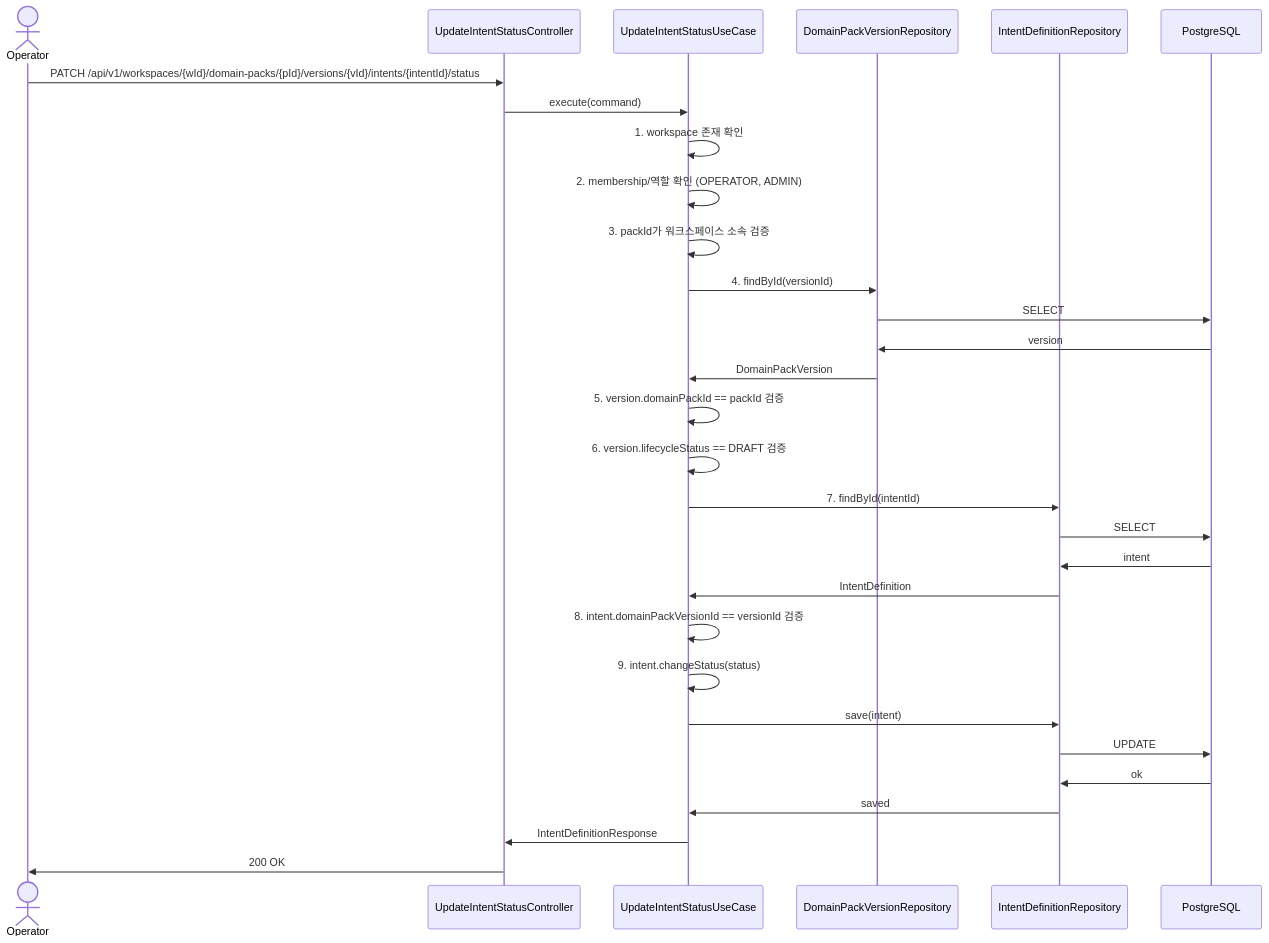
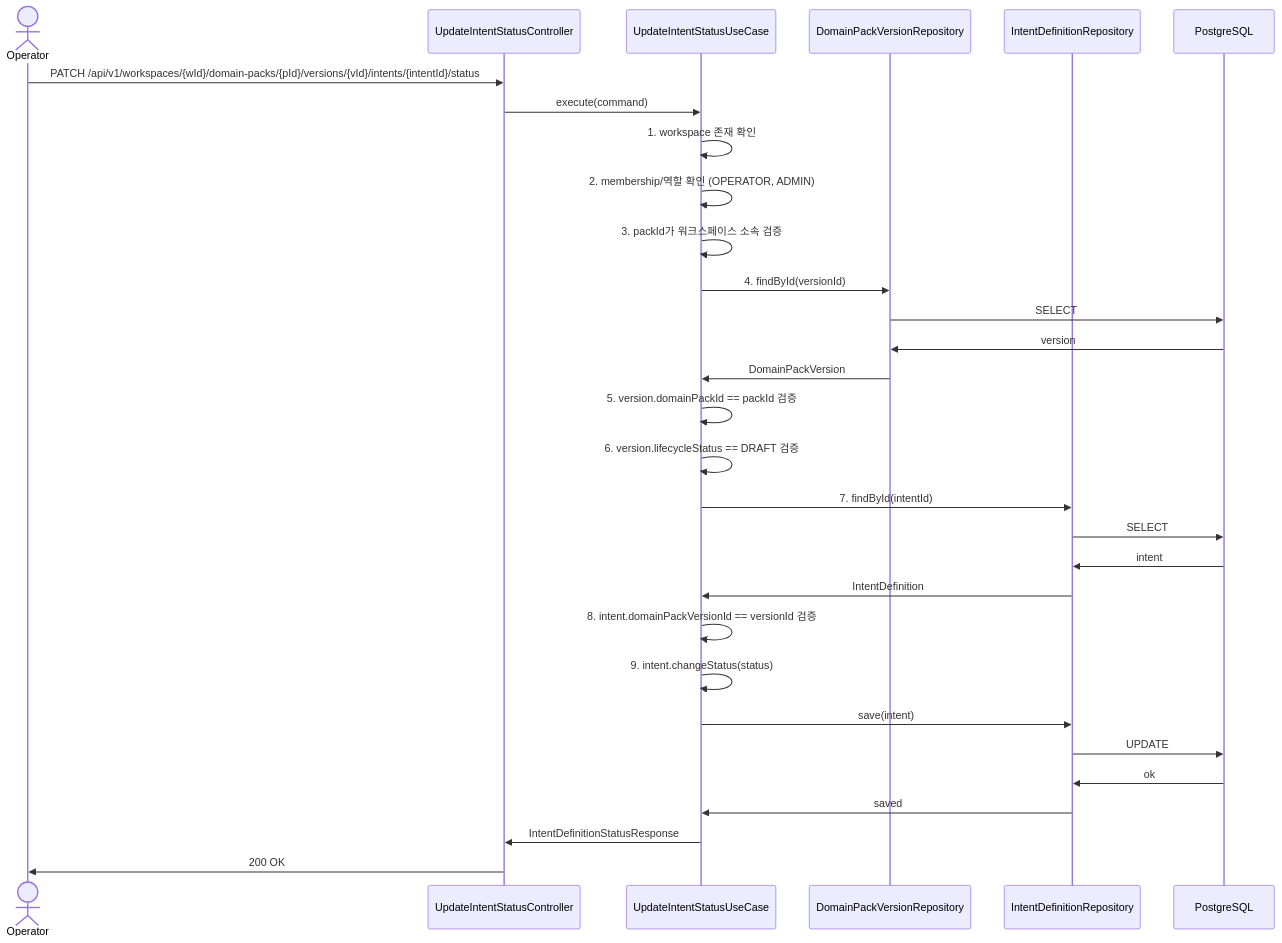
The first of 2 diagrams in .agent/specs/313.md (ajou-2026-1-capstone-5/ostone), drawn with Mermaid before and after one commit. The commit also changed other lines of this file, not shown here.

Commit message:
docs(spec): align 313.md response DTO and status model to actual implementation (#313)

````diff
--- a/.agent/specs/313.md
+++ b/.agent/specs/313.md
@@ -137,33 +134,33 @@
 ```mermaid
 sequenceDiagram
     actor op as Operator
     participant ctrl as UpdateIntentStatusController
     participant uc as UpdateIntentStatusUseCase
     participant verRepo as DomainPackVersionRepository
     participant intRepo as IntentDefinitionRepository
     participant db as PostgreSQL
 
     op ->> ctrl: PATCH /api/v1/workspaces/{wId}/domain-packs/{pId}/versions/{vId}/intents/{intentId}/status
     ctrl ->> uc: execute(command)
     uc ->> uc: 1. workspace 존재 확인
     uc ->> uc: 2. membership/역할 확인 (OPERATOR, ADMIN)
     uc ->> uc: 3. packId가 워크스페이스 소속 검증
     uc ->> verRepo: 4. findById(versionId)
     verRepo ->> db: SELECT
     db ->> verRepo: version
     verRepo ->> uc: DomainPackVersion
     uc ->> uc: 5. version.domainPackId == packId 검증
     uc ->> uc: 6. version.lifecycleStatus == DRAFT 검증
     uc ->> intRepo: 7. findById(intentId)
     intRepo ->> db: SELECT
     db ->> intRepo: intent
     intRepo ->> uc: IntentDefinition
     uc ->> uc: 8. intent.domainPackVersionId == versionId 검증
     uc ->> uc: 9. intent.changeStatus(status)
     uc ->> intRepo: save(intent)
     intRepo ->> db: UPDATE
     db ->> intRepo: ok
     intRepo ->> uc: saved
-    uc ->> ctrl: IntentDefinitionResponse
+    uc ->> ctrl: IntentDefinitionStatusResponse
     ctrl ->> op: 200 OK
 ```
````
